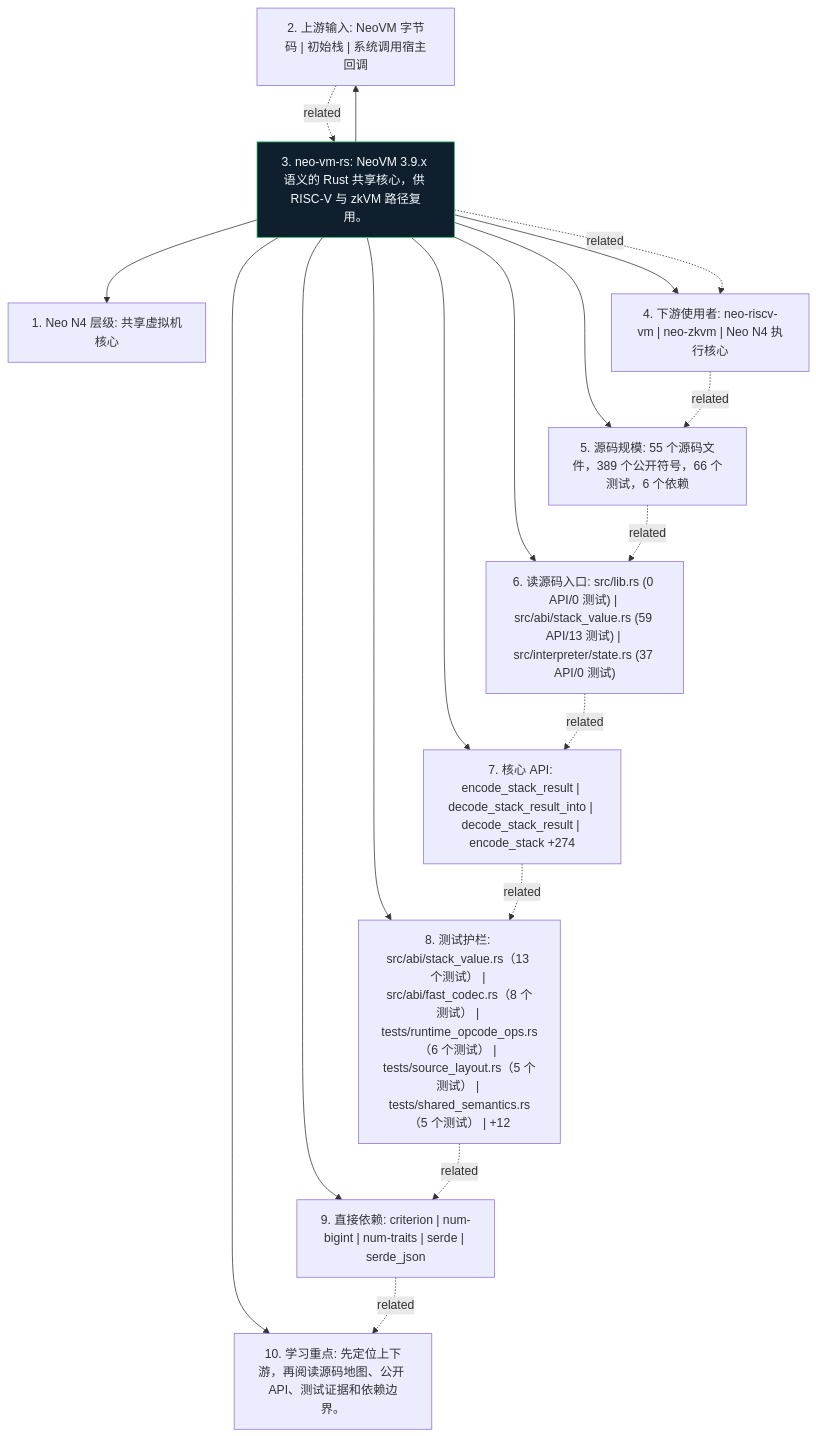
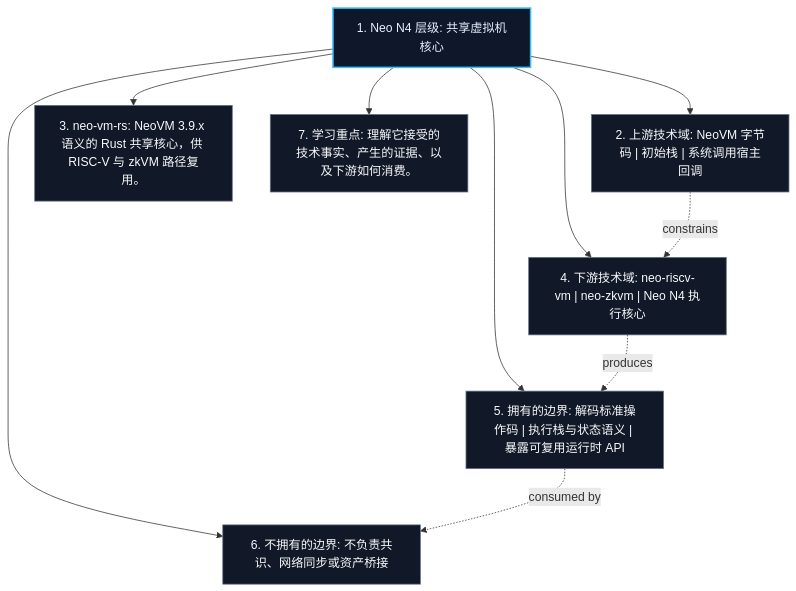
Before and after one commit to r3e-network/neo-vm-rs: the diagram in docs/figures/position.zh.mmd, drawn with Mermaid. The commit also changed 63 other files, not shown here.

Commit message:
Replace crate diagrams with technical views

```diff
--- a/docs/figures/position.zh.mmd
+++ b/docs/figures/position.zh.mmd
@@ -1,30 +1,21 @@
 flowchart TB
     N1["1. Neo N4 层级: 共享虚拟机核心"]
-    N2["2. 上游输入: NeoVM 字节码 | 初始栈 | 系统调用宿主回调"]
+    N2["2. 上游技术域: NeoVM 字节码 | 初始栈 | 系统调用宿主回调"]
     N3["3. neo-vm-rs: NeoVM 3.9.x 语义的 Rust 共享核心，供 RISC-V 与 zkVM 路径复用。"]
-    N4["4. 下游使用者: neo-riscv-vm | neo-zkvm | Neo N4 执行核心"]
-    N5["5. 源码规模: 55 个源码文件，389 个公开符号，66 个测试，6 个依赖"]
-    N6["6. 读源码入口: src/lib.rs (0 API/0 测试) | src/abi/stack_value.rs (59 API/13 测试) | src/interpreter/state.rs (37 API/0 测试)"]
-    N7["7. 核心 API: encode_stack_result | decode_stack_result_into | decode_stack_result | encode_stack +274"]
-    N8["8. 测试护栏: src/abi/stack_value.rs（13 个测试） | src/abi/fast_codec.rs（8 个测试） | tests/runtime_opcode_ops.rs（6 个测试） | tests/source_layout.rs（5 个测试） | tests/shared_semantics.rs（5 个测试） | +12"]
-    N9["9. 直接依赖: criterion | num-bigint | num-traits | serde | serde_json"]
-    N10["10. 学习重点: 先定位上下游，再阅读源码地图、公开 API、测试证据和依赖边界。"]
-    N3 --> N1
-    N3 --> N2
-    N3 --> N4
-    N3 --> N5
-    N3 --> N6
-    N3 --> N7
-    N3 --> N8
-    N3 --> N9
-    N3 --> N10
-    N2 -. related .-> N3
-    N3 -. related .-> N4
-    N4 -. related .-> N5
-    N5 -. related .-> N6
-    N6 -. related .-> N7
-    N7 -. related .-> N8
-    N8 -. related .-> N9
-    N9 -. related .-> N10
-    classDef crate fill:#101f2d,stroke:#38d978,color:#f6fbff
-    class N3 crate
+    N4["4. 下游技术域: neo-riscv-vm | neo-zkvm | Neo N4 执行核心"]
+    N5["5. 拥有的边界: 解码标准操作码 | 执行栈与状态语义 | 暴露可复用运行时 API"]
+    N6["6. 不拥有的边界: 不负责共识、网络同步或资产桥接"]
+    N7["7. 学习重点: 理解它接受的技术事实、产生的证据、以及下游如何消费。"]
+    N1 --> N2
+    N1 --> N3
+    N1 --> N4
+    N1 --> N5
+    N1 --> N6
+    N1 --> N7
+    N2 -. constrains .-> N4
+    N4 -. produces .-> N5
+    N5 -. consumed by .-> N6
+    classDef core fill:#0f172a,stroke:#38bdf8,color:#e5f2ff,stroke-width:2px;
+    classDef support fill:#111827,stroke:#64748b,color:#f8fafc;
+    class N1 core;
+    class N2,N3,N4,N5,N6,N7 support;
```
